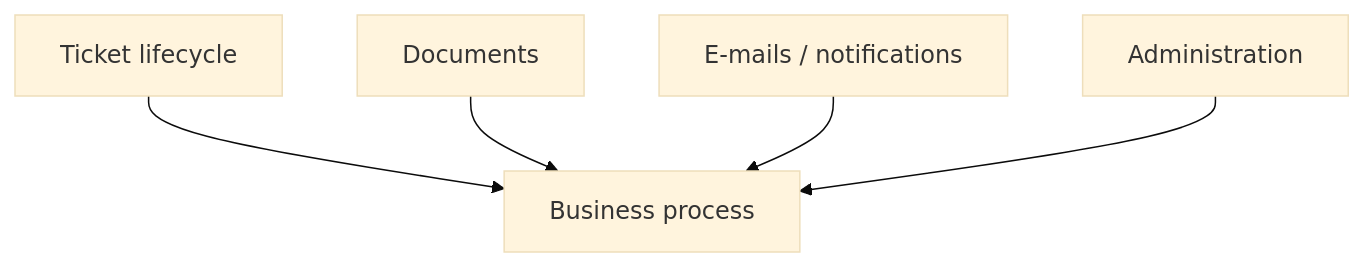
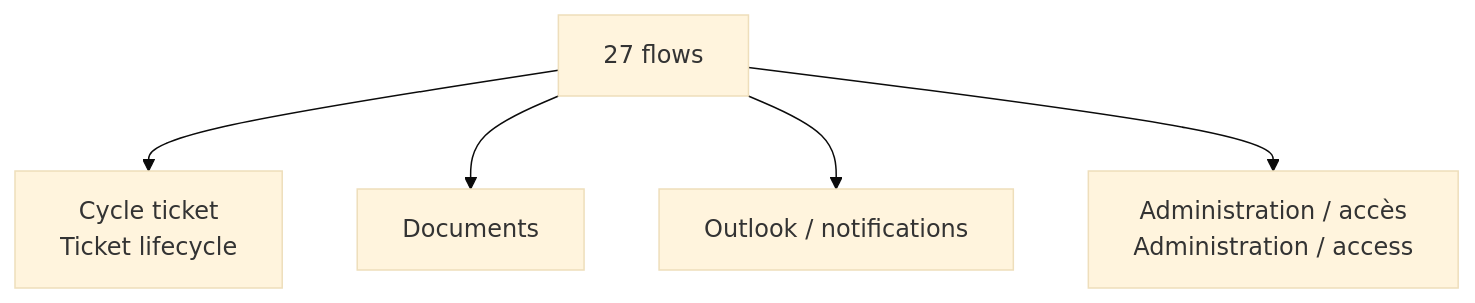
The diagram in projects/power-platform-ticketing-system/docs/FLOW_CATALOG.md (jeffersonkuku/jefferson-Mawapanga-Saku), drawn with Mermaid (base theme) before and after one commit. The commit also changed other lines of this file and 13 other files, not shown here.

````diff
--- a/projects/power-platform-ticketing-system/docs/FLOW_CATALOG.md
+++ b/projects/power-platform-ticketing-system/docs/FLOW_CATALOG.md
@@ -13,7 +8,7 @@
 ```mermaid
 flowchart TB
-    A[Ticket lifecycle] --> E[Business process]
-    B[Documents] --> E
-    C[E-mails / notifications] --> E
-    D[Administration] --> E
+    F[27 flows] --> T[Cycle ticket<br/>Ticket lifecycle]
+    F --> D[Documents]
+    F --> M[Outlook / notifications]
+    F --> A[Administration / accès<br/>Administration / access]
 ```
````
